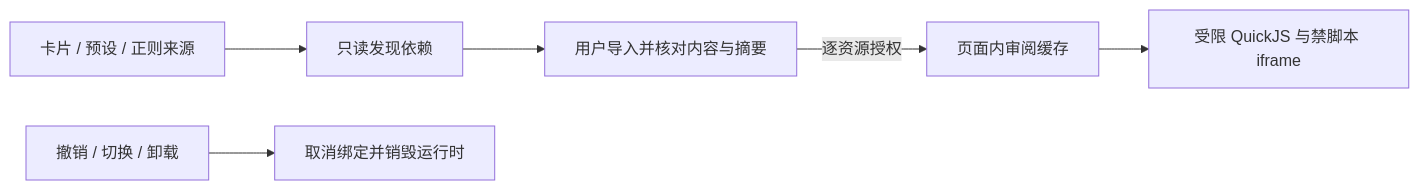
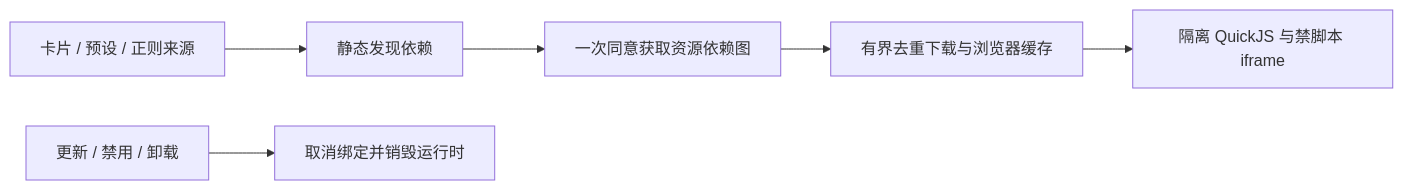
One commit to Player-MINEPIG/dsh-tavern changed the third of 3 diagrams in docs/CONVERSATION_PRESENTATION.md. Above: the diagram before and after it, drawn with Mermaid. The commit also changed other lines of this file and 18 other files, not shown here.

Commit message:
Acquire card dependency graphs with one resource consent

````diff
--- a/docs/CONVERSATION_PRESENTATION.md
+++ b/docs/CONVERSATION_PRESENTATION.md
@@ -124,8 +124,8 @@
 ```mermaid
 flowchart LR
-  A[卡片 / 预设 / 正则来源] --> B[只读发现依赖]
-  B --> C[用户导入并核对内容与摘要]
-  C -->|逐资源授权| D[页面内审阅缓存]
-  D --> E[受限 QuickJS 与禁脚本 iframe]
-  F[撤销 / 切换 / 卸载] --> G[取消绑定并销毁运行时]
+  A[卡片 / 预设 / 正则来源] --> B[静态发现依赖]
+  B --> C[一次同意获取资源依赖图]
+  C --> D[有界去重下载与浏览器缓存]
+  D --> E[隔离 QuickJS 与禁脚本 iframe]
+  F[更新 / 禁用 / 卸载] --> G[取消绑定并销毁运行时]
 ```
````
